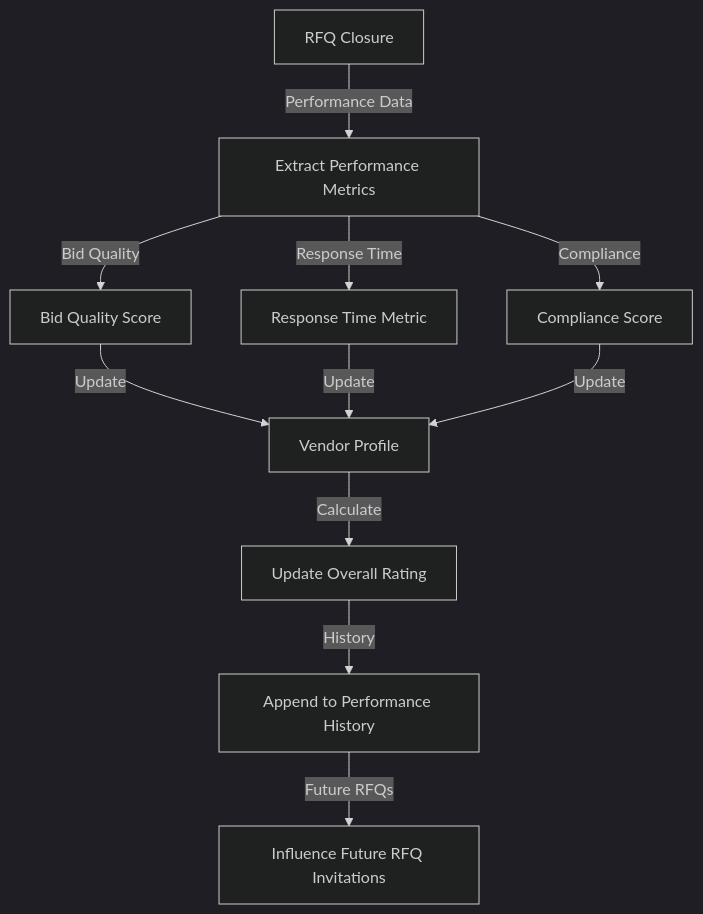
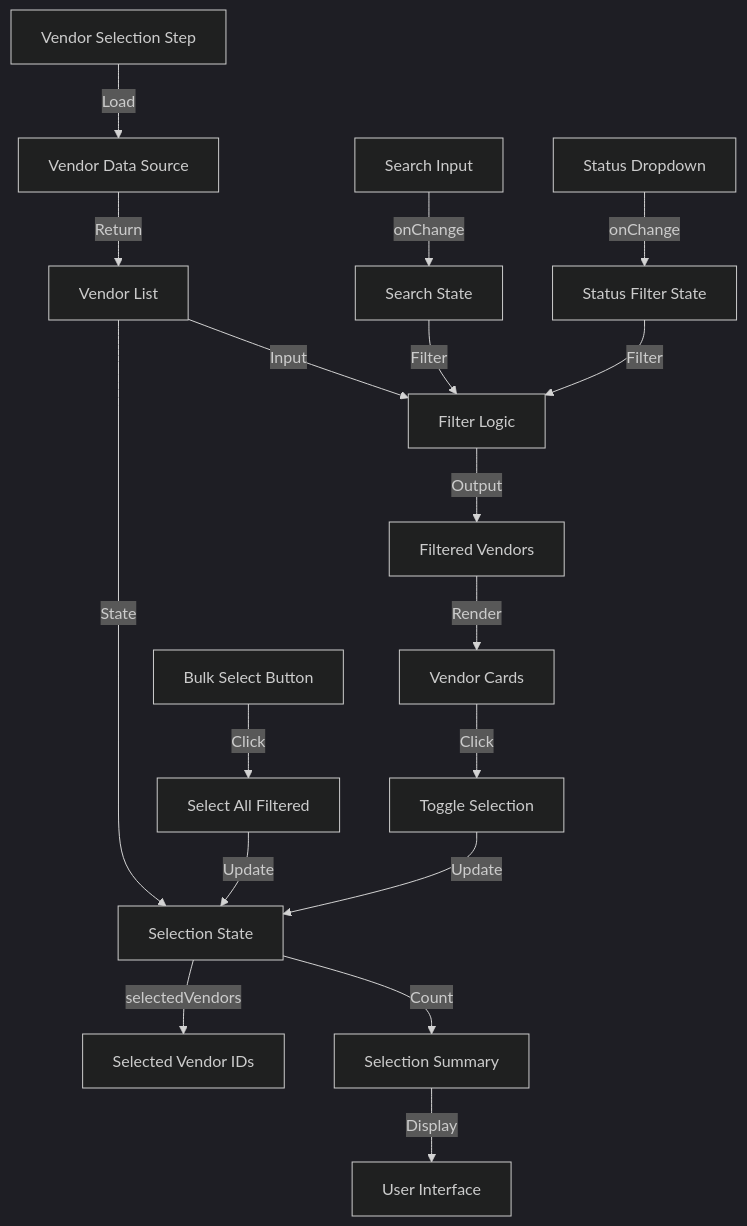
Before and after one commit to CarmenSoftware-organization/carmen: diagram 11 of 23 in docs/app/vendor-management/requests-for-pricing/FD-requests-for-pricing.md, drawn with Mermaid (dark theme). The commit also changed other lines of this file and 1788 other files, not shown here.

````diff
--- a/docs/app/vendor-management/requests-for-pricing/FD-requests-for-pricing.md
+++ b/docs/app/vendor-management/requests-for-pricing/FD-requests-for-pricing.md
@@ -1740,13 +426,27 @@
 ```mermaid
-graph TB
-    RFQClosure[RFQ Closure] -->|Performance Data| ExtractMetrics[Extract Performance Metrics]
-    ExtractMetrics -->|Bid Quality| BidQualityScore[Bid Quality Score]
-    ExtractMetrics -->|Response Time| ResponseTimeMetric[Response Time Metric]
-    ExtractMetrics -->|Compliance| ComplianceMetric[Compliance Score]
-    BidQualityScore -->|Update| VendorProfile[Vendor Profile]
-    ResponseTimeMetric -->|Update| VendorProfile
-    ComplianceMetric -->|Update| VendorProfile
-    VendorProfile -->|Calculate| OverallRating[Update Overall Rating]
-    OverallRating -->|History| PerformanceHistory[Append to Performance History]
-    PerformanceHistory -->|Future RFQs| VendorSelection[Influence Future RFQ Invitations]
+flowchart TB
+    Step3[Vendor Selection Step] -->|Load| VendorData[Vendor Data Source]
+    VendorData -->|Return| VendorList[Vendor List]
+
+    VendorList -->|State| SelectionState[Selection State]
+    SelectionState -->|selectedVendors| SelectedArray[Selected Vendor IDs]
+
+    SearchInput[Search Input] -->|onChange| SearchState[Search State]
+    SearchState -->|Filter| FilterLogic[Filter Logic]
+
+    StatusSelect[Status Dropdown] -->|onChange| StatusState[Status Filter State]
+    StatusState -->|Filter| FilterLogic
+
+    VendorList -->|Input| FilterLogic
+    FilterLogic -->|Output| FilteredVendors[Filtered Vendors]
+
+    FilteredVendors -->|Render| VendorCards[Vendor Cards]
+    VendorCards -->|Click| ToggleSelection[Toggle Selection]
+    ToggleSelection -->|Update| SelectionState
+
+    BulkSelect[Bulk Select Button] -->|Click| SelectAllFiltered[Select All Filtered]
+    SelectAllFiltered -->|Update| SelectionState
+
+    SelectionState -->|Count| SelectionSummary[Selection Summary]
+    SelectionSummary -->|Display| UI[User Interface]
 ```
````
